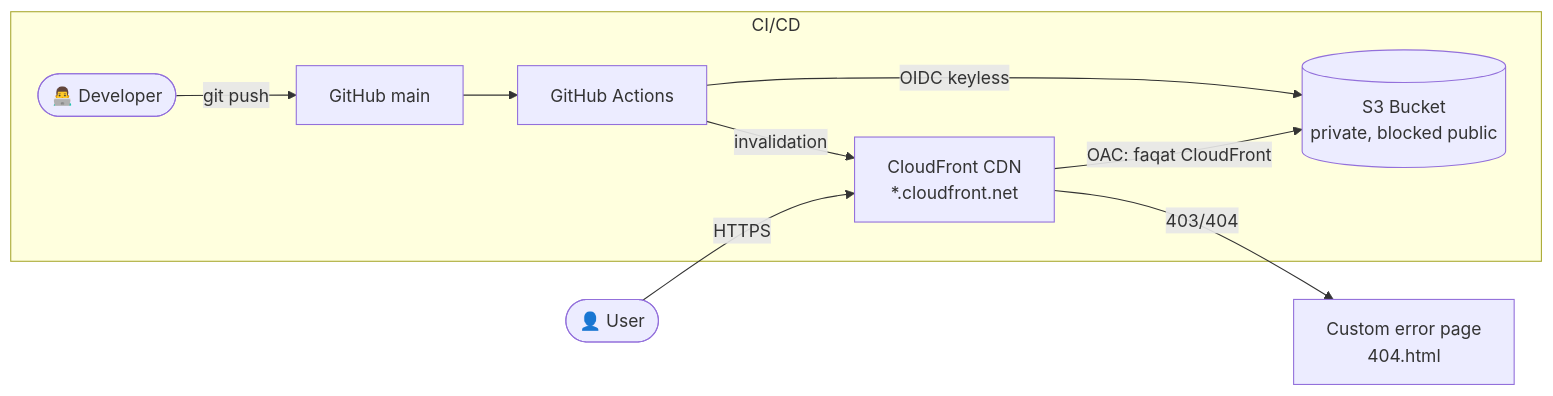
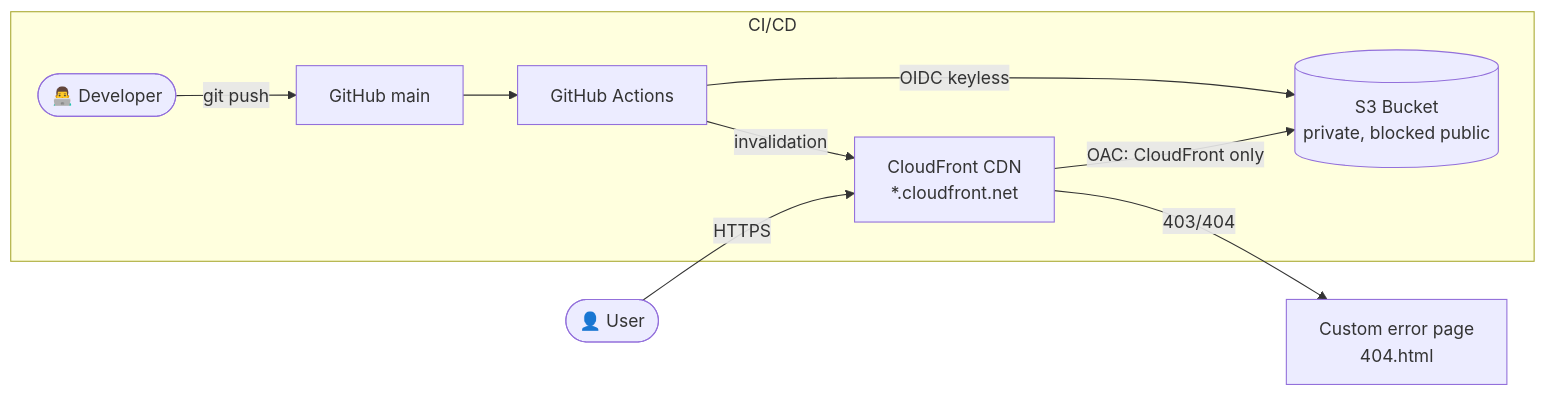
The diagram in README.md (A-Kamronb3k/aws-static-site-cicd), drawn with Mermaid before and after one commit. The commit also changed other lines of this file and 1 other file, not shown here.

````diff
--- a/README.md
+++ b/README.md
@@ -13,13 +16,13 @@
 ```mermaid
 flowchart LR
     U([👤 User]) -->|HTTPS| CF["CloudFront CDN<br>*.cloudfront.net"]
-    CF -->|OAC: faqat CloudFront| S3[("S3 Bucket<br>private, blocked public")]
+    CF -->|OAC: CloudFront only| S3[("S3 Bucket<br>private, blocked public")]
     CF -->|403/404| EP["Custom error page<br>404.html"]
     
     subgraph CI/CD
         DEV([👨‍💻 Developer]) -->|git push| GH[GitHub main]
         GH --> GA[GitHub Actions]
         GA -->|OIDC keyless| S3
         GA -->|invalidation| CF
     end
 ```
````
